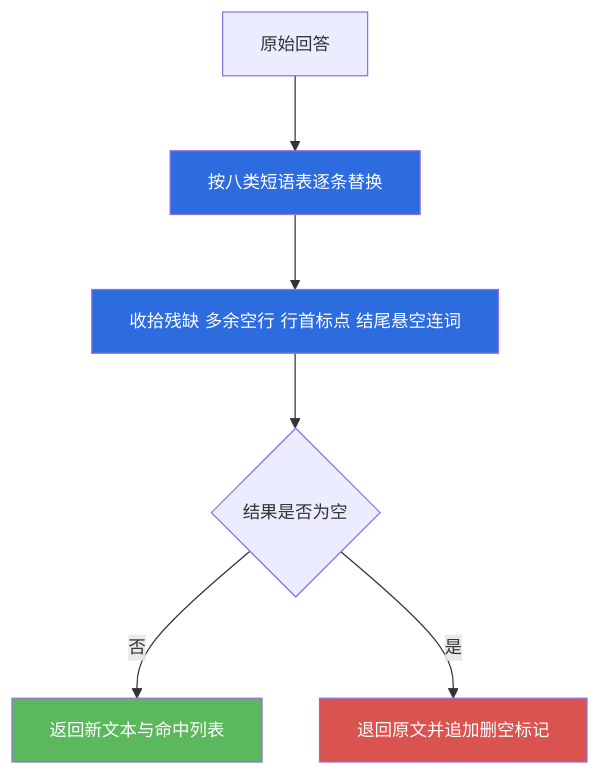
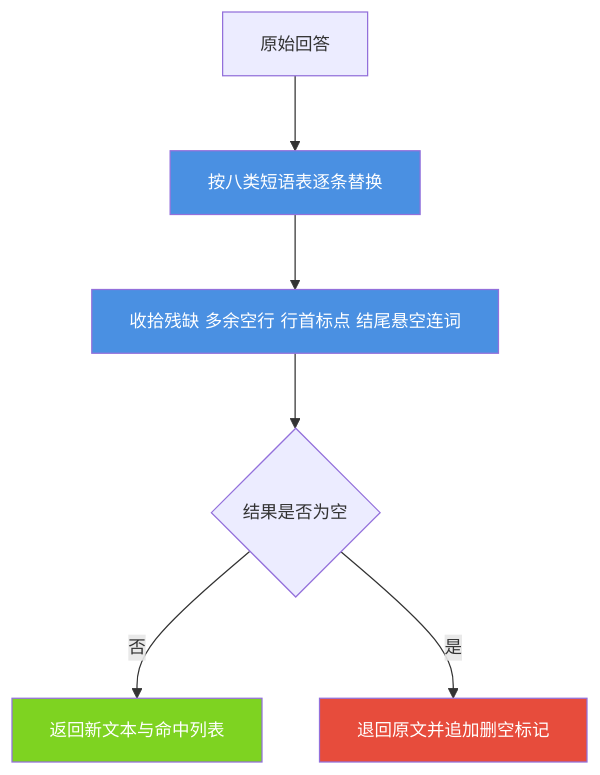
Before and after one commit to jiangchuangege/xiaojiao-harnees: the fourth of 4 diagrams in docs/modules/09-persona.md, drawn with Mermaid. The commit also changed other lines of this file and 32 other files, not shown here.

Commit message:
统一：全仓原理图配色到一套调色板 + 给 12 张灰图补色 + 修正自己会睡那张过期图

````diff
--- a/docs/modules/09-persona.md
+++ b/docs/modules/09-persona.md
@@ -169,14 +169,14 @@
 ```mermaid
 %%{init: {"themeVariables": {"fontSize": "14px"}, "flowchart": {"htmlLabels": true, "wrappingWidth": 330, "nodeSpacing": 46, "rankSpacing": 60, "useMaxWidth": true}}}%%
 flowchart TB
     IN["原始回答"] --> M["按八类短语表逐条替换"]
     M --> TD["收拾残缺 多余空行 行首标点 结尾悬空连词"]
     TD --> E{"结果是否为空"}
     E -->|"否"| OK["返回新文本与命中列表"]
     E -->|"是"| BK["退回原文并追加删空标记"]
 
-    style M fill:#2d6cdf,color:#fff
-    style OK fill:#5cb85c,color:#fff
-    style BK fill:#d9534f,color:#fff
-    style TD fill:#2d6cdf,color:#fff
+    style M fill:#4A90E2,color:#fff
+    style OK fill:#7ED321,color:#fff
+    style BK fill:#E74C3C,color:#fff
+    style TD fill:#4A90E2,color:#fff
 ```
````
